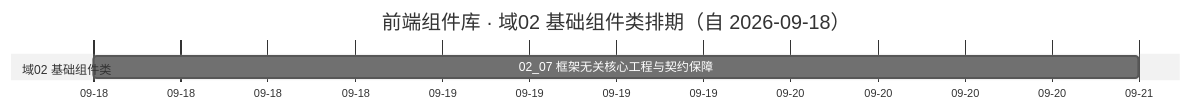
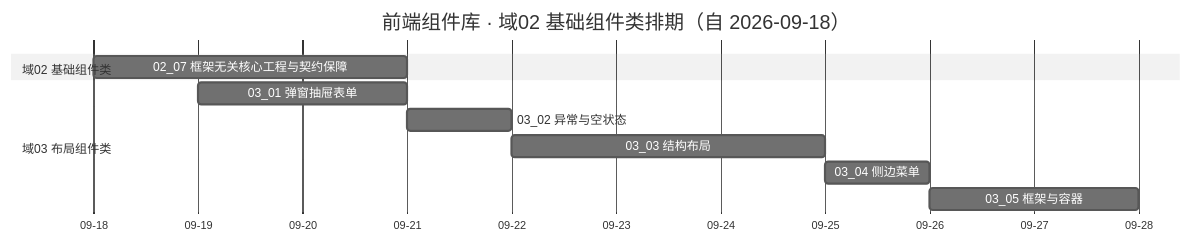
Before and after one commit to minjian123/basic-management-system: the diagram in bms文档/项目/04_前端组件库/计划/01_计划_前端组件库.md, drawn with Mermaid (neutral theme). The commit also changed other lines of this file and 9 other files, not shown here.

````diff
--- a/bms文档/项目/04_前端组件库/计划/01_计划_前端组件库.md
+++ b/bms文档/项目/04_前端组件库/计划/01_计划_前端组件库.md
@@ -37,8 +42,14 @@
 ```mermaid
 gantt
     title 前端组件库 · 域02 基础组件类排期（自 2026-09-18）
     dateFormat  YYYY-MM-DD
     axisFormat %m-%d
     section 域02 基础组件类
     02_07 框架无关核心工程与契约保障 :a07, 2026-09-18, 3d
+    section 域03 布局组件类
+    03_01 弹窗抽屉表单               :b01, 2026-09-19, 2d
+    03_02 异常与空状态               :b02, 2026-09-21, 1d
+    03_03 结构布局                   :b03, 2026-09-22, 3d
+    03_04 侧边菜单                   :b04, 2026-09-25, 1d
+    03_05 框架与容器                 :b05, 2026-09-26, 2d
 ```
````
